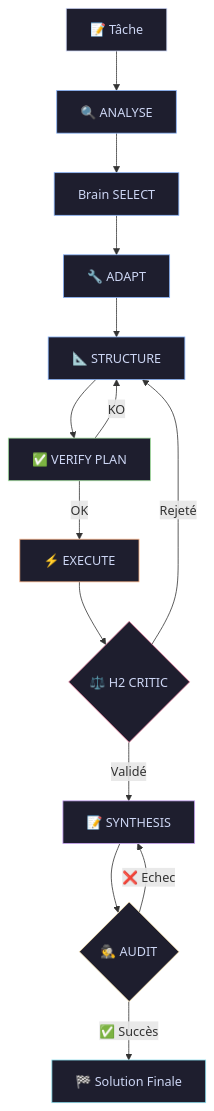
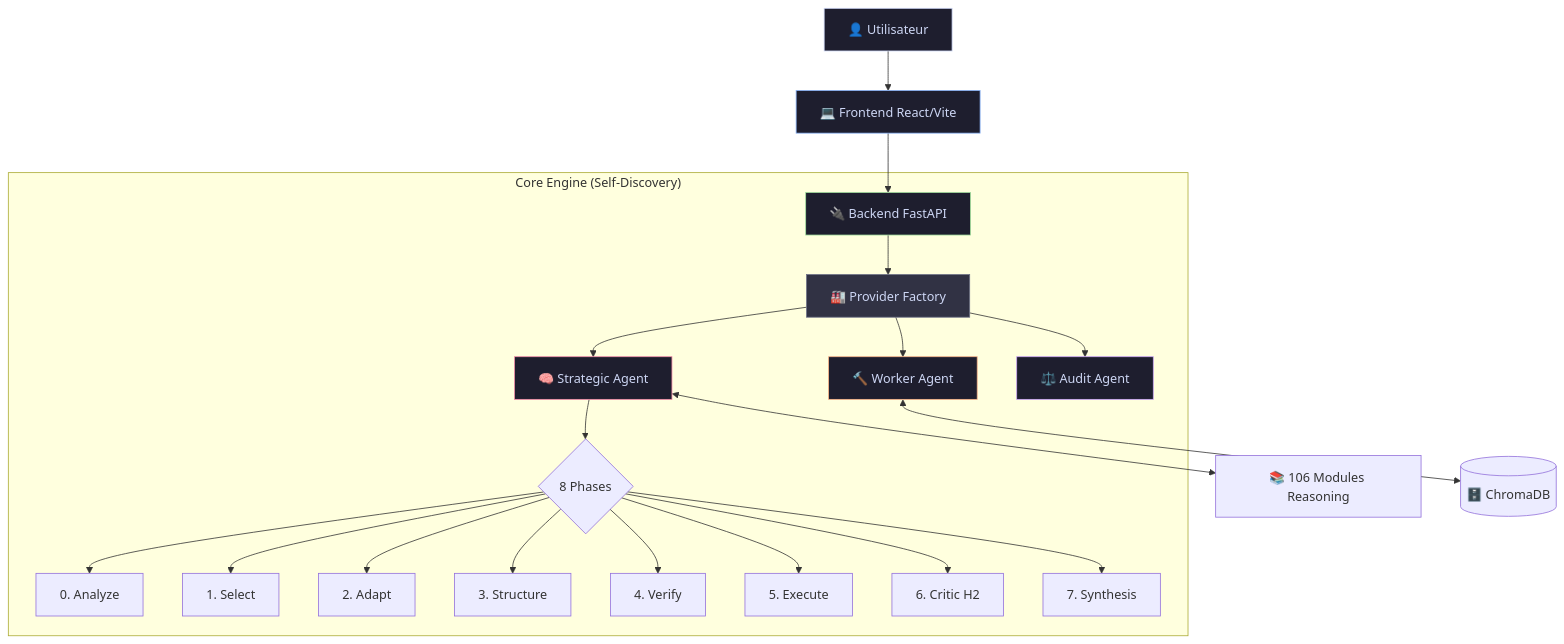
Before and after one commit to dagornc/Autologic: the first of 3 diagrams in README.md, drawn with Mermaid. The commit also changed other lines of this file and 110 other files, not shown here.

````diff
--- a/README.md
+++ b/README.md
@@ -88,28 +118,33 @@
 ```mermaid
 graph TD
-    T[📝 Tâche] --> 0[🔍 ANALYSE]
-    0 --> 1[Brain SELECT]
-    1 --> 2[🔧 ADAPT]
-    2 --> 3[📐 STRUCTURE]
-    3 --> 4[✅ VERIFY PLAN]
-    4 -- OK --> 5[⚡ EXECUTE]
-    4 -- KO --> 3
-    5 --> 6{⚖️ H2 CRITIC}
-    6 -- Validé --> 7[📝 SYNTHESIS]
-    6 -- Rejeté --> 3
-    7 --> 8{🕵️ AUDIT}
-    8 -- ✅ Succès --> F[🏁 Solution Finale]
-    8 -- ❌ Echec --> 7
+    User[👤 Utilisateur] --> Frontend[💻 Frontend React/Vite]
+    Frontend --> API[🔌 Backend FastAPI]
     
-    style T fill:#1e1e2e,stroke:#cdd6f4,color:#cdd6f4
-    style 0 fill:#1e1e2e,stroke:#89b4fa,color:#cdd6f4
-    style 1 fill:#1e1e2e,stroke:#89b4fa,color:#cdd6f4
-    style 2 fill:#1e1e2e,stroke:#89b4fa,color:#cdd6f4
-    style 3 fill:#1e1e2e,stroke:#89b4fa,color:#cdd6f4
-    style 4 fill:#1e1e2e,stroke:#a6e3a1,color:#cdd6f4
-    style 5 fill:#1e1e2e,stroke:#fab387,color:#cdd6f4
-    style 6 fill:#1e1e2e,stroke:#f38ba8,color:#cdd6f4
-    style 7 fill:#1e1e2e,stroke:#cba6f7,color:#cdd6f4
-    style 8 fill:#1e1e2e,stroke:#f9e2af,color:#cdd6f4
-    style F fill:#1e1e2e,stroke:#89dceb,color:#cdd6f4
+    subgraph "Core Engine (Self-Discovery)"
+        API --> Factory[🏭 Provider Factory]
+        Factory --> Strat[🧠 Strategic Agent]
+        Factory --> Worker[🔨 Worker Agent]
+        Factory --> Audit[⚖️ Audit Agent]
+        
+        Strat --> Phases{8 Phases}
+        Phases --> P0[0. Analyze]
+        Phases --> P1[1. Select]
+        Phases --> P2[2. Adapt]
+        Phases --> P3[3. Structure]
+        Phases --> P4[4. Verify]
+        Phases --> P5[5. Execute]
+        Phases --> P6[6. Critic H2]
+        Phases --> P7[7. Synthesis]
+    end
+    
+    Strat <--> Modules[📚 106 Modules Reasoning]
+    Worker <--> VectorDB[(🗄️ ChromaDB)]
+    
+    style User fill:#1e1e2e,stroke:#cdd6f4,color:#cdd6f4
+    style Frontend fill:#1e1e2e,stroke:#89b4fa,color:#cdd6f4
+    style API fill:#1e1e2e,stroke:#a6e3a1,color:#cdd6f4
+    style Factory fill:#313244,stroke:#6c7086,color:#cdd6f4
+    style Strat fill:#1e1e2e,stroke:#f38ba8,color:#cdd6f4
+    style Worker fill:#1e1e2e,stroke:#fab387,color:#cdd6f4
+    style Audit fill:#1e1e2e,stroke:#cba6f7,color:#cdd6f4
 ```
````
